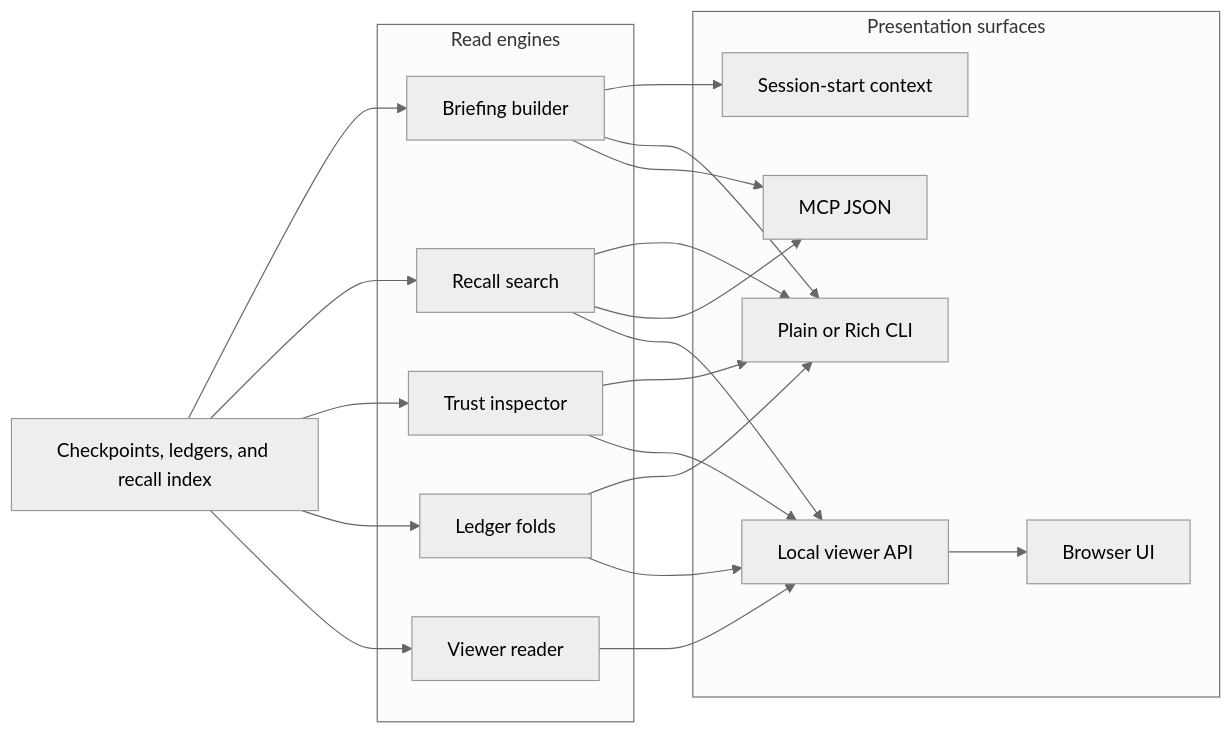
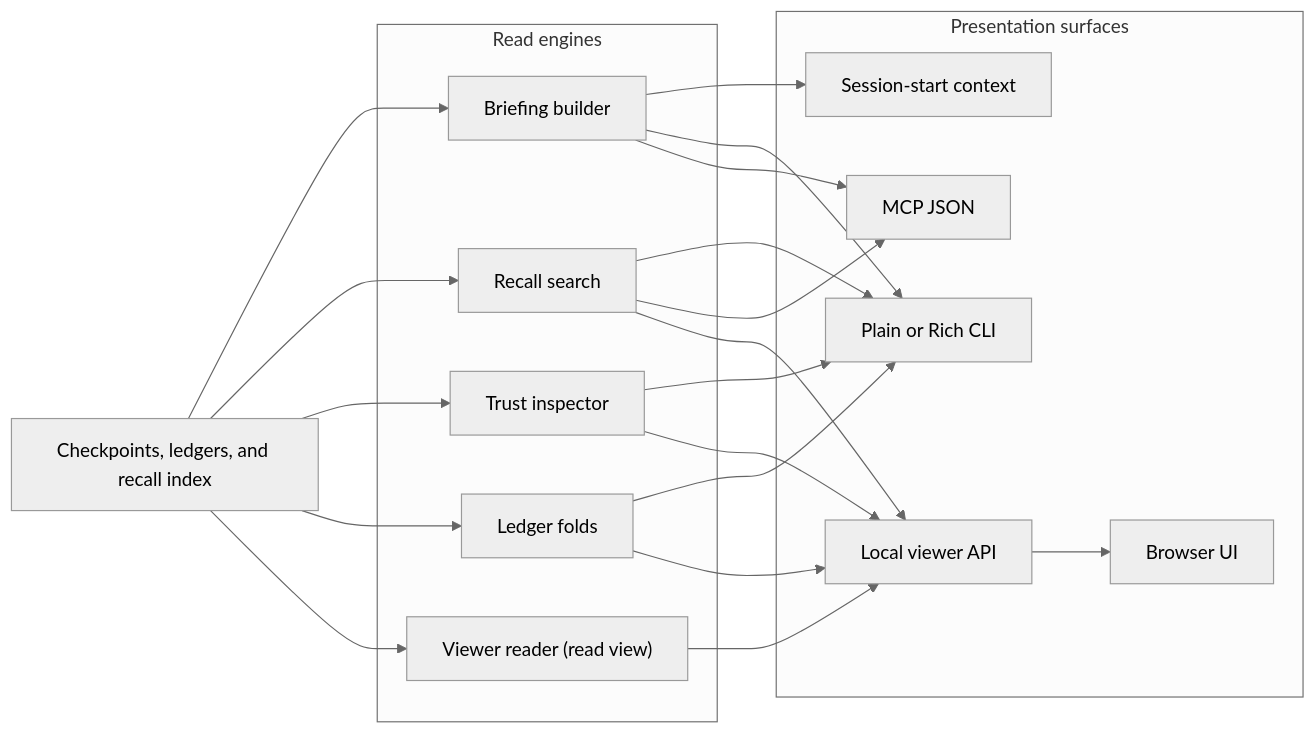
Before and after one commit to Daily-Nerd/daimon: the sixth of 7 diagrams in docs/RUNTIME-ARCHITECTURE.md, drawn with Mermaid (neutral theme). The commit also changed other lines of this file and 33 other files, not shown here.

Commit message:
feat(ui): viewer activity, ledger, grid, session and biography routes read through the view (#1158)

````diff
--- a/docs/RUNTIME-ARCHITECTURE.md
+++ b/docs/RUNTIME-ARCHITECTURE.md
@@ -256,39 +257,39 @@
 ```mermaid
 flowchart LR
     State["Checkpoints, ledgers, and recall index"]
 
     subgraph ReadEngines["Read engines"]
         Briefing["Briefing builder"]
         Search["Recall search"]
         Inspector["Trust inspector"]
         Folds["Ledger folds"]
-        FileReader["Viewer reader"]
+        FileReader["Viewer reader (read view)"]
     end
 
     subgraph Surfaces["Presentation surfaces"]
         Host["Session-start context"]
         CLI["Plain or Rich CLI"]
         MCP["MCP JSON"]
         API["Local viewer API"]
         Browser["Browser UI"]
     end
 
     State --> Briefing
     State --> Search
     State --> Inspector
     State --> Folds
     State --> FileReader
 
     Briefing --> Host
     Briefing --> CLI
     Briefing --> MCP
     Search --> CLI
     Search --> MCP
     Search --> API
     Inspector --> CLI
     Inspector --> API
     Folds --> CLI
     Folds --> API
     FileReader --> API
     API --> Browser
 ```
````
